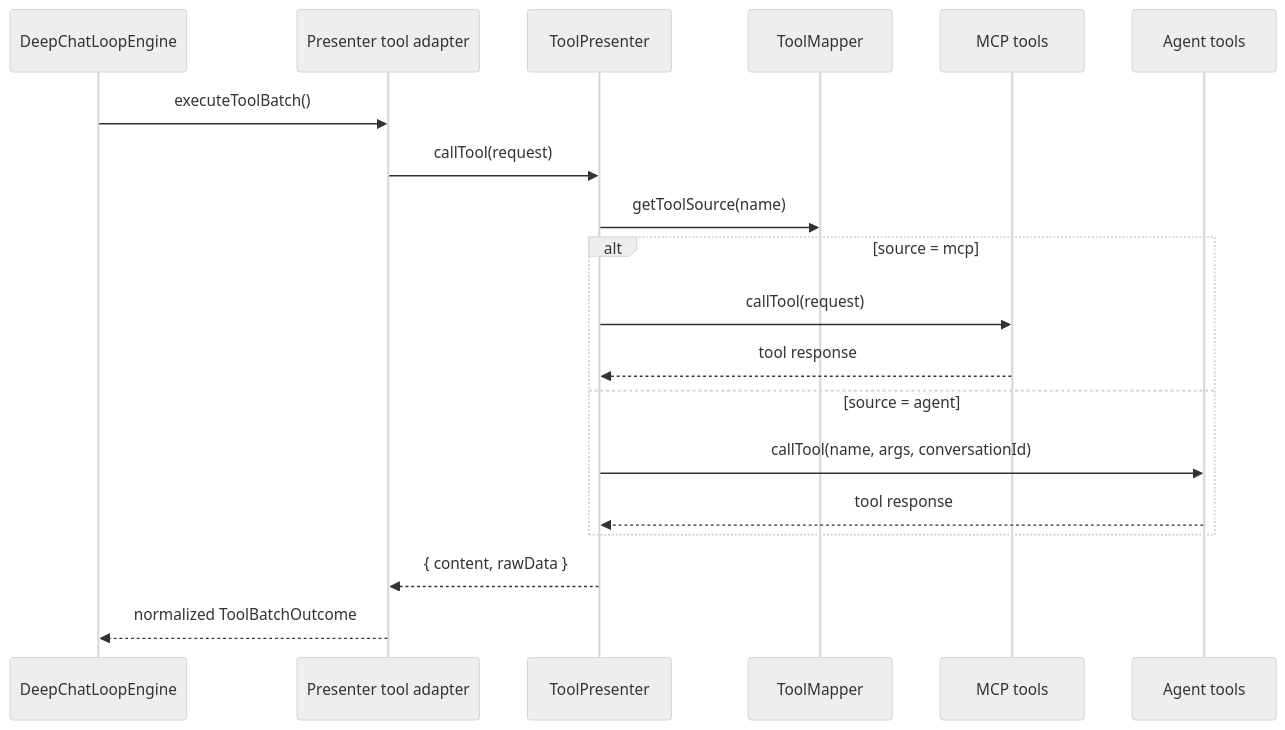
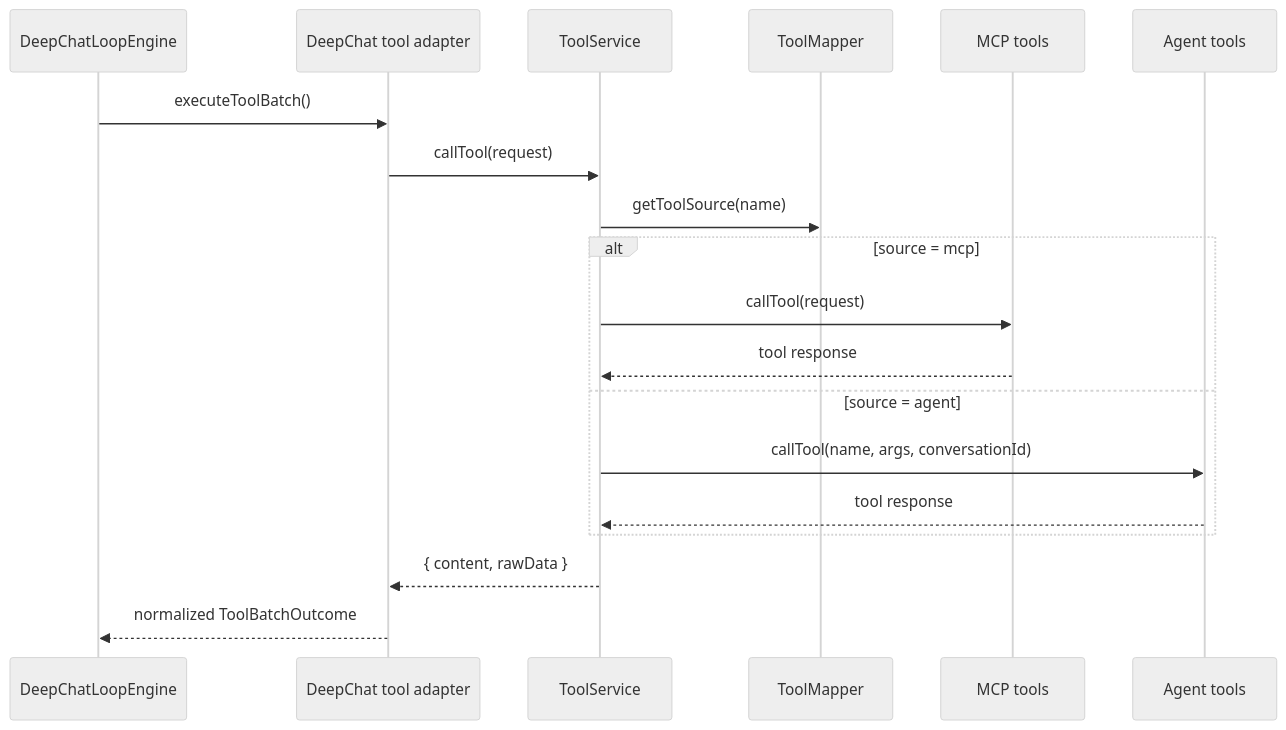
One commit to ThinkInAIXYZ/deepchat changed the second of 2 diagrams in docs/architecture/tool-system.md. Above: the diagram before and after it, drawn with Mermaid (neutral theme). The commit also changed other lines of this file and 76 other files, not shown here.

Commit message:
refactor(tool): move runtime out of presenter

````diff
--- a/docs/architecture/tool-system.md
+++ b/docs/architecture/tool-system.md
@@ -61,24 +59,24 @@
 ```mermaid
 sequenceDiagram
     participant L as DeepChatLoopEngine
-    participant P as Presenter tool adapter
-    participant T as ToolPresenter
+    participant P as DeepChat tool adapter
+    participant T as ToolService
     participant Map as ToolMapper
     participant M as MCP tools
     participant A as Agent tools
 
     L->>P: executeToolBatch()
     P->>T: callTool(request)
     T->>Map: getToolSource(name)
 
     alt source = mcp
         T->>M: callTool(request)
         M-->>T: tool response
     else source = agent
         T->>A: callTool(name, args, conversationId)
         A-->>T: tool response
     end
 
     T-->>P: { content, rawData }
     P-->>L: normalized ToolBatchOutcome
 ```
````
